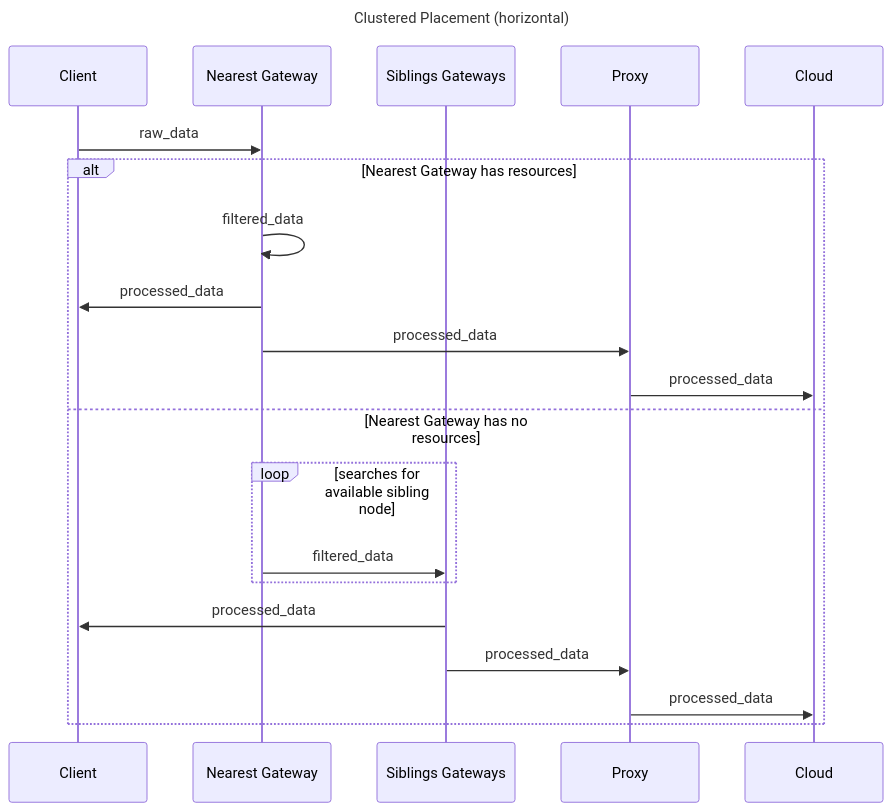
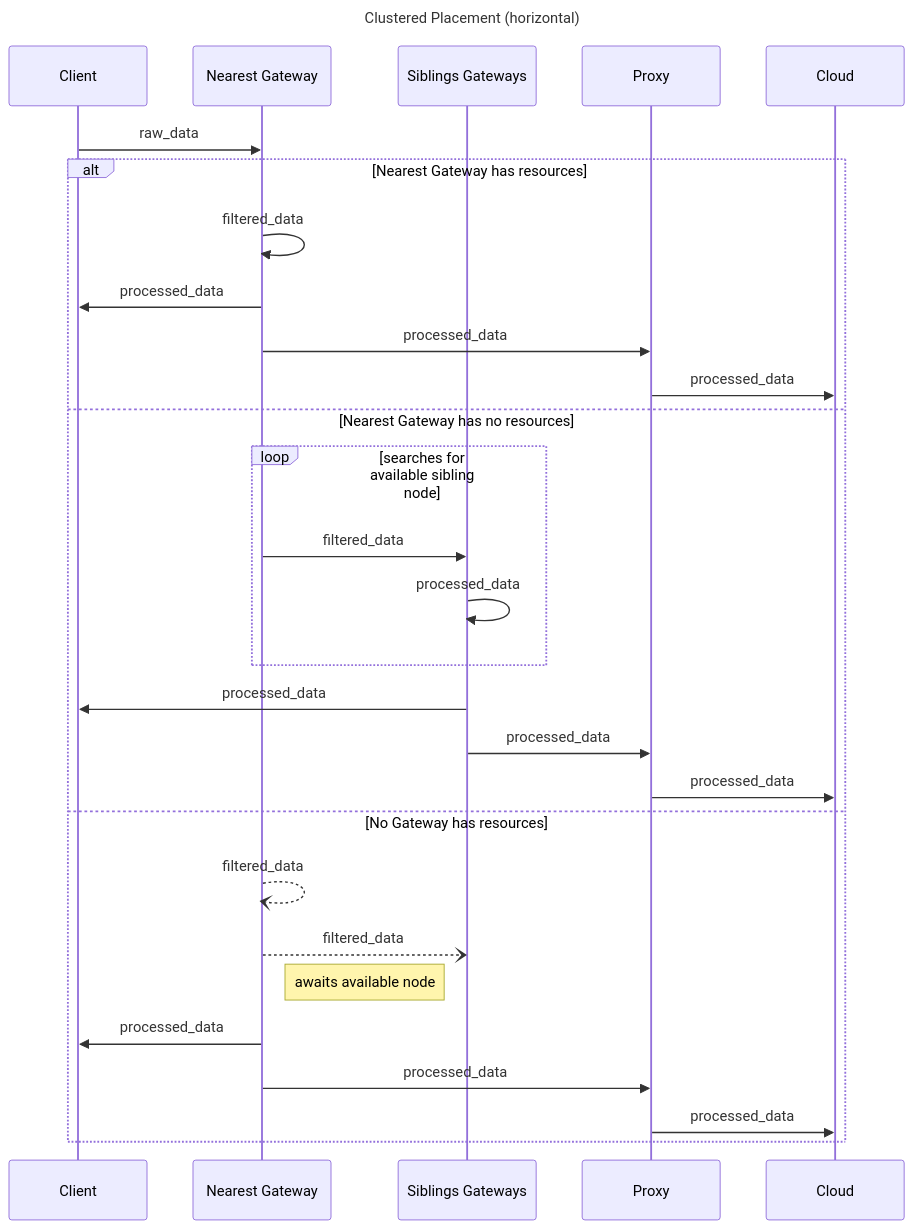
Before and after one commit to vyk1/exploring-architectural-strategies-for-mobility-experimentation-a-simulation-based-study: the diagram in diagrams/placements/clustered.md, drawn with Mermaid. The commit also changed 4 other files, not shown here.

````diff
--- a/diagrams/placements/clustered.md
+++ b/diagrams/placements/clustered.md
@@ -1,27 +1,41 @@
 ```mermaid
+
+
+
 sequenceDiagram 
 
-title Clustered Placement (horizontal)
+Title: Clustered Placement (horizontal)
 
 participant C as Client
 participant G as Nearest Gateway
 participant G' as Siblings Gateways
 participant P as Proxy
 participant Cl as Cloud
 
  C->>G: raw_data
 
 alt Nearest Gateway has resources
-    G->>G: filtered_data
-    G->>C: processed_data
-    G->>P: processed_data
-    P->>Cl: processed_data
+G->>G: filtered_data
+G->>C: processed_data
+G->>P: processed_data
+P->>Cl: processed_data
+
 else Nearest Gateway has no resources 
 		 loop searches for available sibling node
 				G->>G': filtered_data
+                G'->>G': processed_data
 			end
 		G'->>C: processed_data
 		G'->>P: processed_data
 		P->>Cl: processed_data
-end 
+
+else No Gateway has resources
+        G--)G: filtered_data
+        G--)G': filtered_data
+        Note right of G: awaits available node
+        G->>C: processed_data
+		G->>P: processed_data
+        %% P->>C: processed_data
+        P->>Cl: processed_data
+	end 
 ```
````
